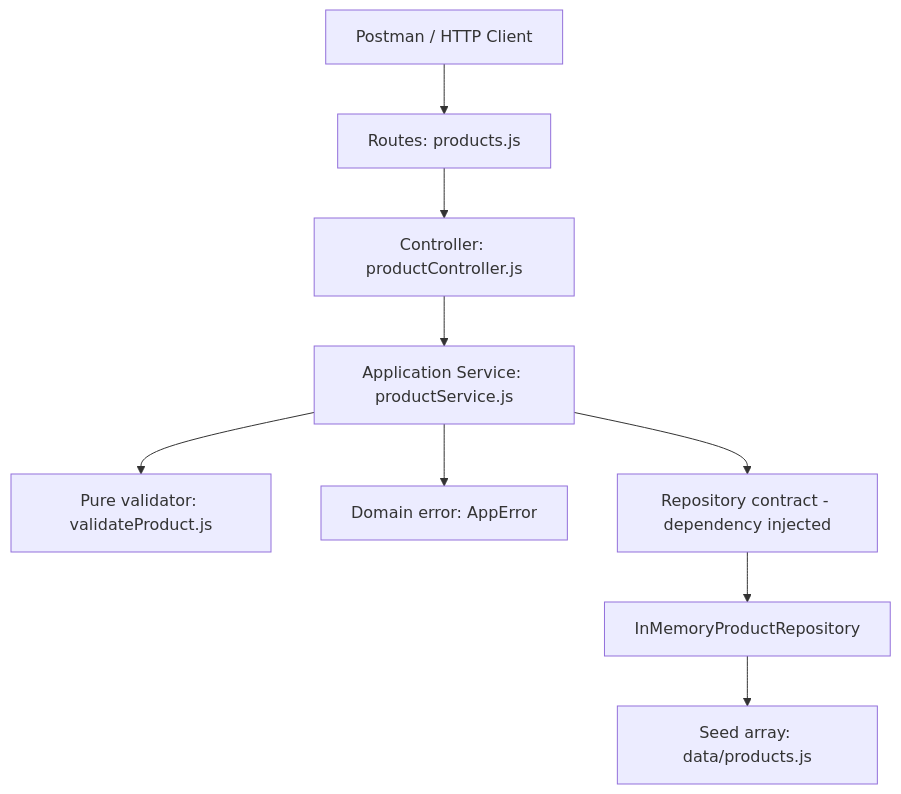
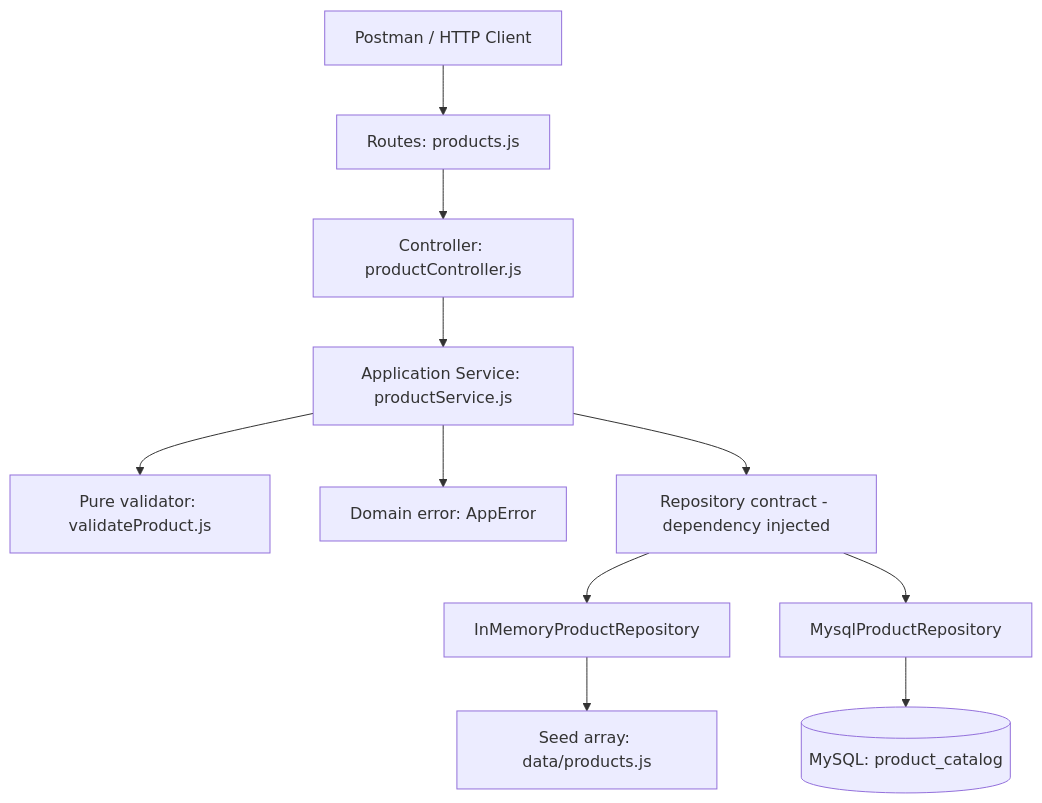
The first of 2 diagrams in .kiro/specs/product-catalog-crud/design.md (GilangMohIkbal/WebDevelopment-Ai-First), drawn with Mermaid before and after one commit. The commit also changed other lines of this file and 17 other files, not shown here.

````diff
--- a/.kiro/specs/product-catalog-crud/design.md
+++ b/.kiro/specs/product-catalog-crud/design.md
@@ -14,11 +16,13 @@
 ```mermaid
 flowchart TD
     P[Postman / HTTP Client] --> R[Routes: products.js]
     R --> C[Controller: productController.js]
     C --> S[Application Service: productService.js]
     S --> V[Pure validator: validateProduct.js]
     S --> E[Domain error: AppError]
     S --> I[Repository contract - dependency injected]
     I --> M[InMemoryProductRepository]
     M --> D[Seed array: data/products.js]
+    I --> X[MysqlProductRepository]
+    X --> DB[(MySQL: product_catalog)]
 ```
````
